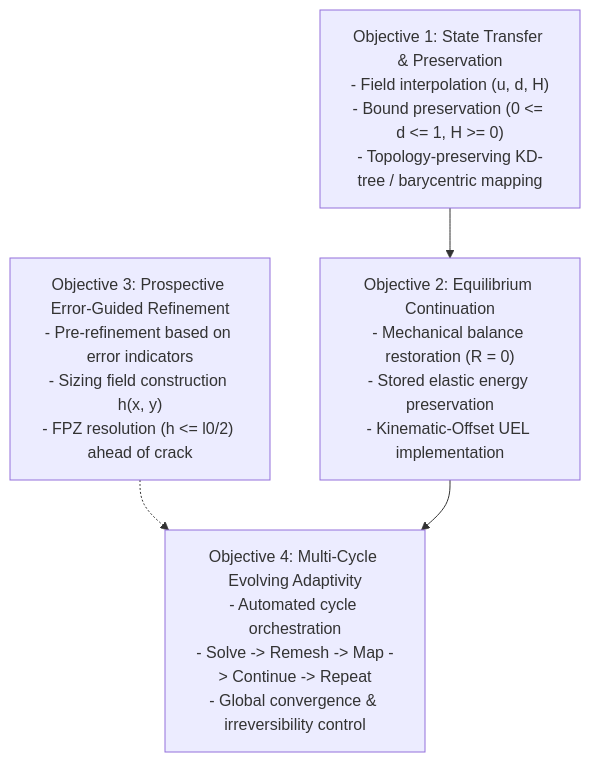
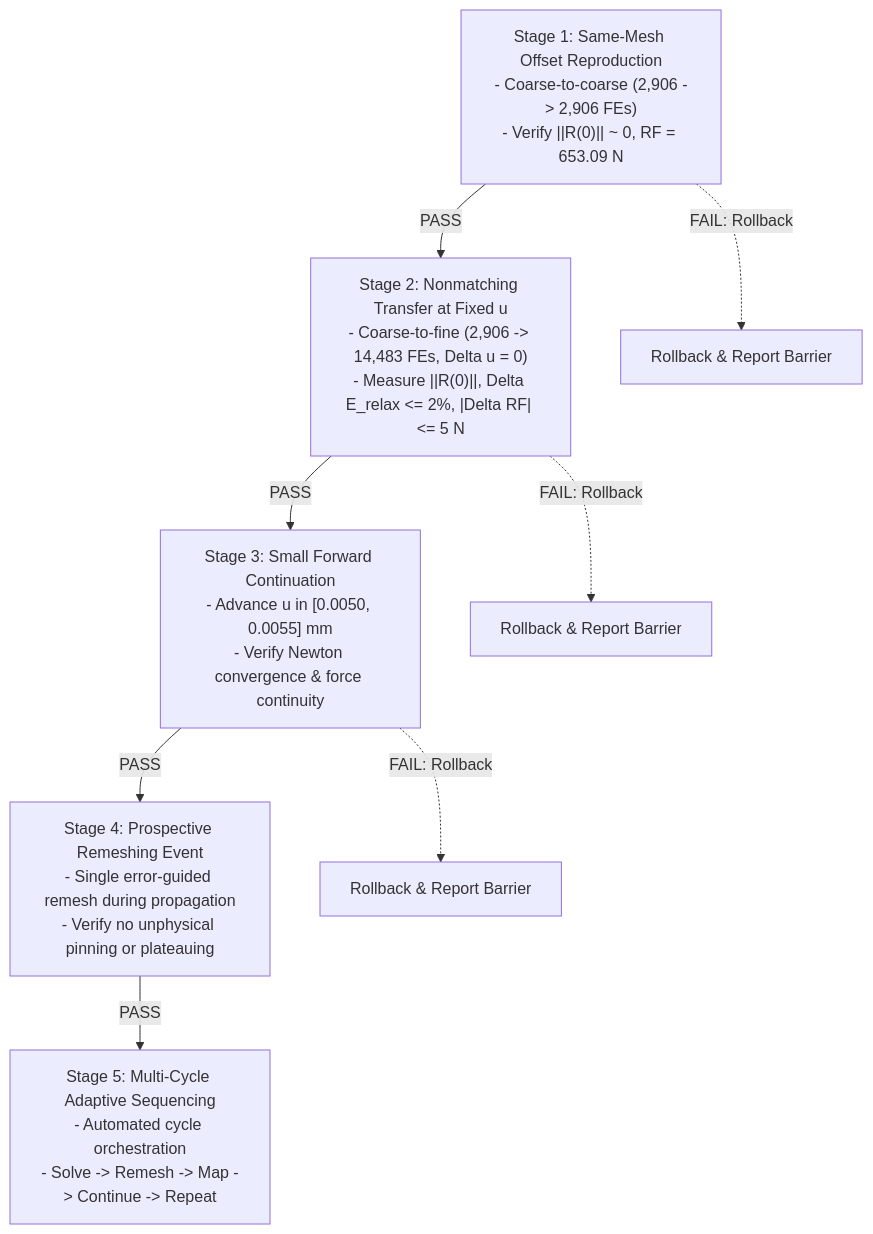
One commit to PRVSTUDENT/adaptive-remeshing-phase-field-thesis changed the diagram in docs/reports/MODE1_METHOD_C1_STATE_INITIALIZATION_AND_CONTINUATION_ARCHITECTURE.md. Above: the diagram before and after it, drawn with Mermaid. The commit also changed other lines of this file and 8 other files, not shown here.

````diff
--- a/docs/reports/MODE1_METHOD_C1_STATE_INITIALIZATION_AND_CONTINUATION_ARCHITECTURE.md
+++ b/docs/reports/MODE1_METHOD_C1_STATE_INITIALIZATION_AND_CONTINUATION_ARCHITECTURE.md
@@ -162,11 +216,17 @@
 ```mermaid
 flowchart TD
-    O1["Objective 1: State Transfer & Preservation\n- Field interpolation (u, d, H)\n- Bound preservation (0 <= d <= 1, H >= 0)\n- Topology-preserving KD-tree / barycentric mapping"]
-    O2["Objective 2: Equilibrium Continuation\n- Mechanical balance restoration (R = 0)\n- Stored elastic energy preservation\n- Kinematic-Offset UEL implementation"]
-    O3["Objective 3: Prospective Error-Guided Refinement\n- Pre-refinement based on error indicators\n- Sizing field construction h(x, y)\n- FPZ resolution (h <= l0/2) ahead of crack"]
-    O4["Objective 4: Multi-Cycle Evolving Adaptivity\n- Automated cycle orchestration\n- Solve -> Remesh -> Map -> Continue -> Repeat\n- Global convergence & irreversibility control"]
+    S1["Stage 1: Same-Mesh Offset Reproduction\n- Coarse-to-coarse (2,906 -> 2,906 FEs)\n- Verify ||R(0)|| ~ 0, RF = 653.09 N"]
+    S2["Stage 2: Nonmatching Transfer at Fixed u\n- Coarse-to-fine (2,906 -> 14,483 FEs, Delta u = 0)\n- Measure ||R(0)||, Delta E_relax <= 2%, |Delta RF| <= 5 N"]
+    S3["Stage 3: Small Forward Continuation\n- Advance u in [0.0050, 0.0055] mm\n- Verify Newton convergence & force continuity"]
+    S4["Stage 4: Prospective Remeshing Event\n- Single error-guided remesh during propagation\n- Verify no unphysical pinning or plateauing"]
+    S5["Stage 5: Multi-Cycle Adaptive Sequencing\n- Automated cycle orchestration\n- Solve -> Remesh -> Map -> Continue -> Repeat"]
 
-    O1 --> O2
-    O3 -.-> O4
-    O2 --> O4
+    S1 -->|PASS| S2
+    S2 -->|PASS| S3
+    S3 -->|PASS| S4
+    S4 -->|PASS| S5
+    
+    S1 -.->|FAIL: Rollback| RB1["Rollback & Report Barrier"]
+    S2 -.->|FAIL: Rollback| RB2["Rollback & Report Barrier"]
+    S3 -.->|FAIL: Rollback| RB3["Rollback & Report Barrier"]
 ```
````
